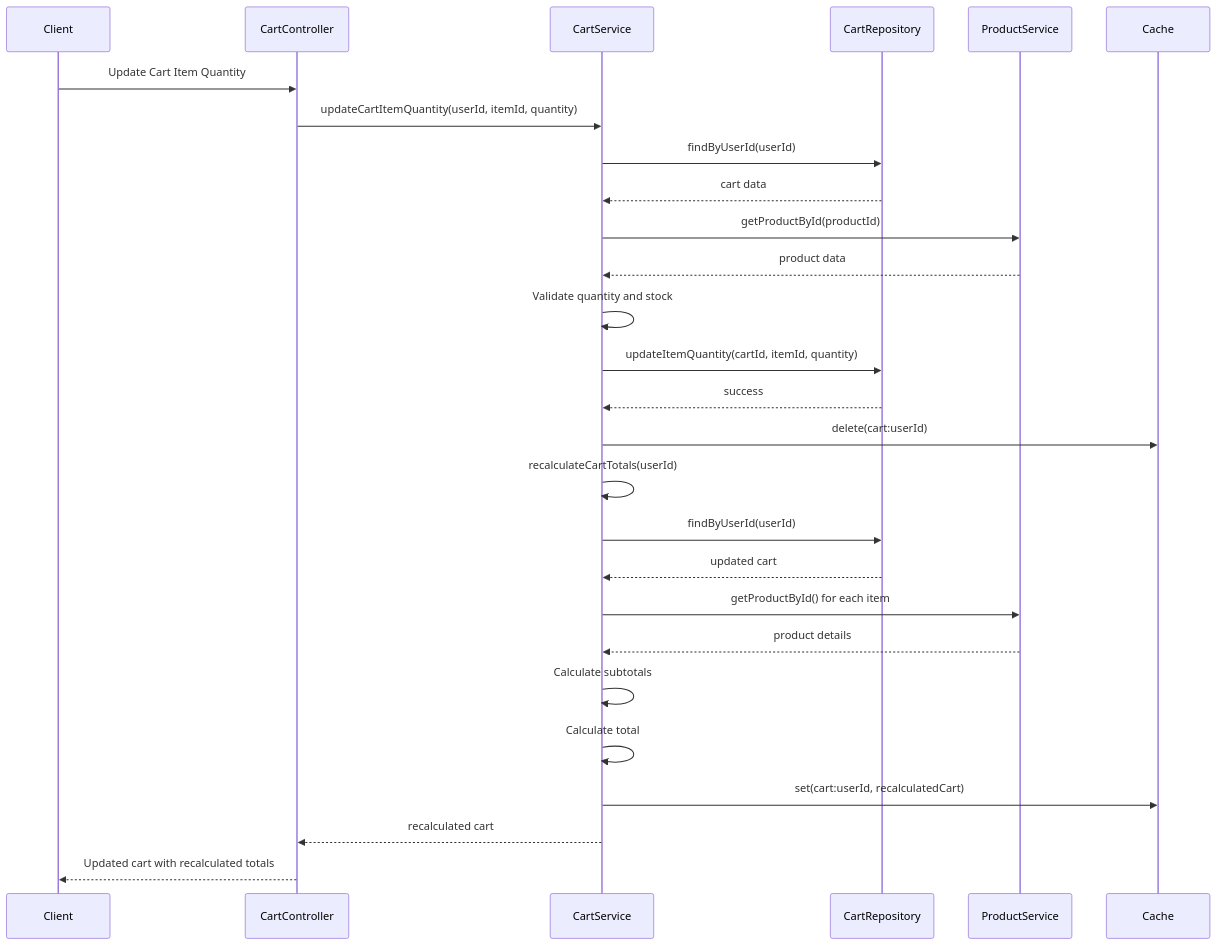
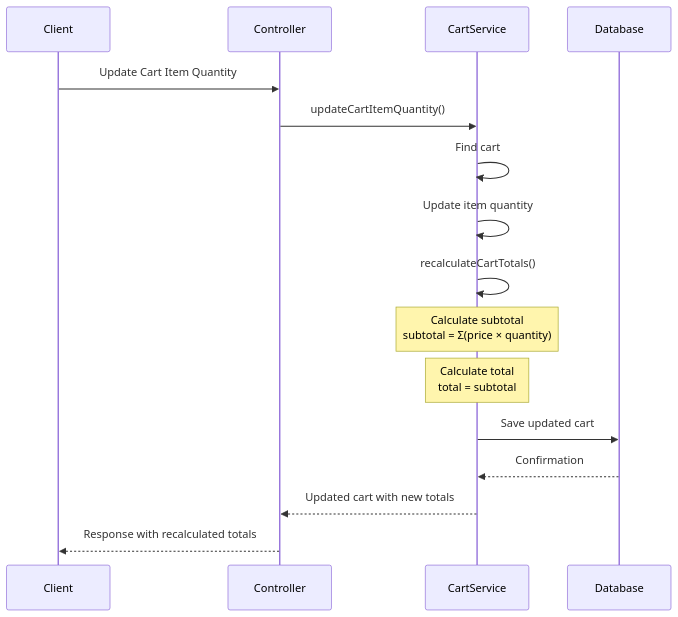
Before and after one commit to NavneetBN47/aava-ecom-demo: the third of 9 diagrams in docs/LLD/lld.md, drawn with Mermaid. The commit also changed other lines of this file, not shown here.

````diff
--- a/docs/LLD/lld.md
+++ b/docs/LLD/lld.md
@@ -963,30 +745,21 @@
 ```mermaid
 sequenceDiagram
     participant Client
-    participant CartController
+    participant Controller
     participant CartService
-    participant CartRepository
-    participant ProductService
-    participant Cache
+    participant Database
     
-    Client->>CartController: Update Cart Item Quantity
-    CartController->>CartService: updateCartItemQuantity(userId, itemId, quantity)
-    CartService->>CartRepository: findByUserId(userId)
-    CartRepository-->>CartService: cart data
-    CartService->>ProductService: getProductById(productId)
-    ProductService-->>CartService: product data
-    CartService->>CartService: Validate quantity and stock
-    CartService->>CartRepository: updateItemQuantity(cartId, itemId, quantity)
-    CartRepository-->>CartService: success
-    CartService->>Cache: delete(cart:userId)
-    CartService->>CartService: recalculateCartTotals(userId)
-    CartService->>CartRepository: findByUserId(userId)
-    CartRepository-->>CartService: updated cart
-    CartService->>ProductService: getProductById() for each item
-    ProductService-->>CartService: product details
-    CartService->>CartService: Calculate subtotals
-    CartService->>CartService: Calculate total
-    CartService->>Cache: set(cart:userId, recalculatedCart)
-    CartService-->>CartController: recalculated cart
-    CartController-->>Client: Updated cart with recalculated totals
+    Client->>Controller: Update Cart Item Quantity
+    Controller->>CartService: updateCartItemQuantity()
+    CartService->>CartService: Find cart
+    CartService->>CartService: Update item quantity
+    CartService->>CartService: recalculateCartTotals()
+    
+    Note over CartService: Calculate subtotal<br/>subtotal = Σ(price × quantity)
+    Note over CartService: Calculate total<br/>total = subtotal
+    
+    CartService->>Database: Save updated cart
+    Database-->>CartService: Confirmation
+    CartService-->>Controller: Updated cart with new totals
+    Controller-->>Client: Response with recalculated totals
 ```
````
